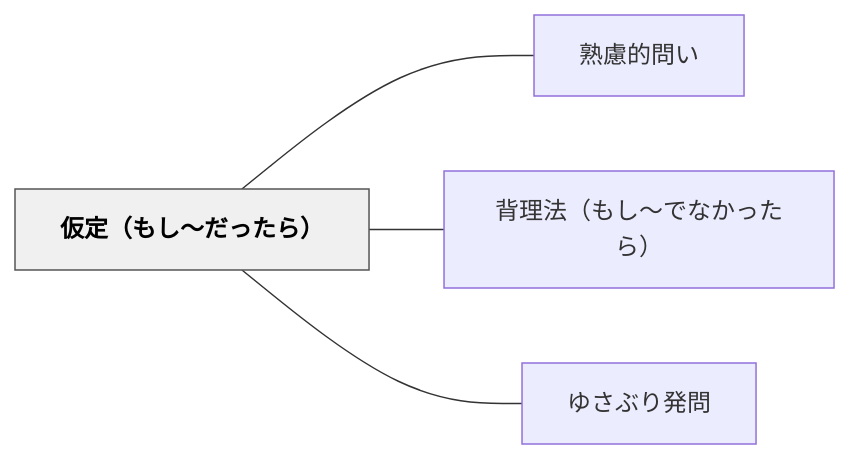
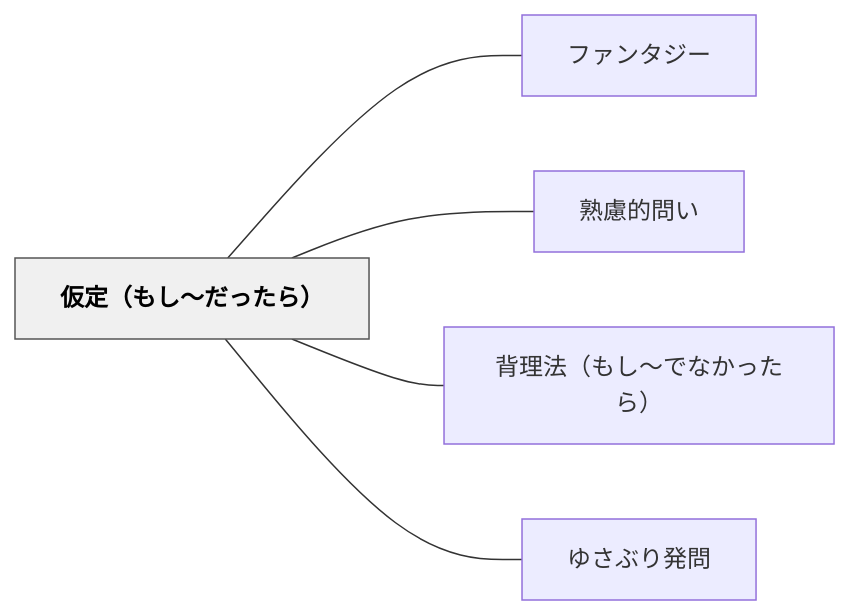
Before and after one commit to unknownthings-ed-patterns/unknownthings-ed-patterns: the diagram in content/パタン/仮定（もし〜だったら）.md, drawn with Mermaid. The commit also changed other lines of this file and 473 other files, not shown here.

````diff
--- a/content/パタン/仮定（もし〜だったら）.md
+++ b/content/パタン/仮定（もし〜だったら）.md
@@ -40,14 +41,16 @@
 ```mermaid
 flowchart LR
     ne4bbaee5ae9a["仮定（もし〜だったら）"]
+    ne38395e382a1["ファンタジー"]
     ne7869fe685ae["熟慮的問い"]
     ne8838ce79086["背理法（もし〜でなかったら）"]
     ne38286e38195["ゆさぶり発問"]
 
+    ne4bbaee5ae9a --- ne38395e382a1
     ne4bbaee5ae9a --- ne7869fe685ae
     ne4bbaee5ae9a --- ne8838ce79086
     ne4bbaee5ae9a --- ne38286e38195
 
     classDef hub fill:#f0f0f0,stroke:#555,color:#000,font-weight:bold
     class ne4bbaee5ae9a hub
 ```
````
